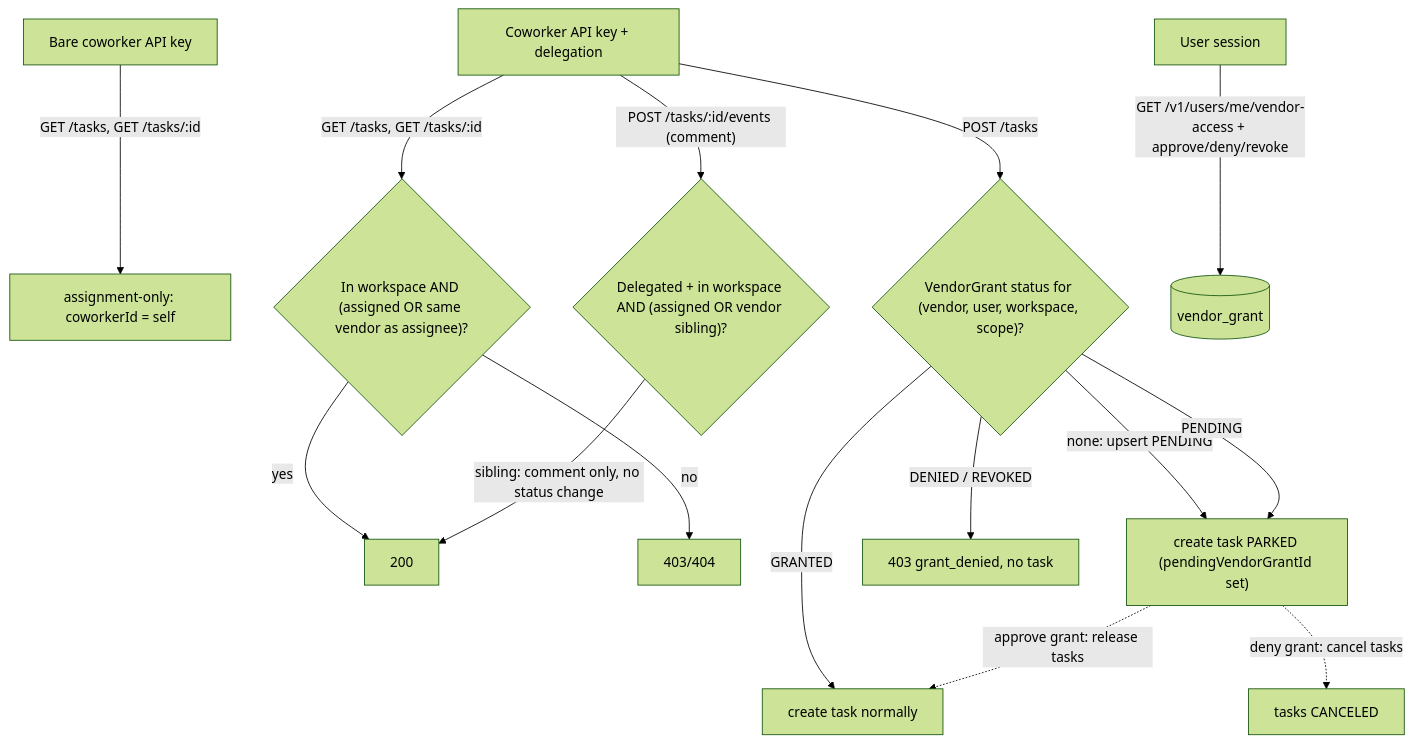
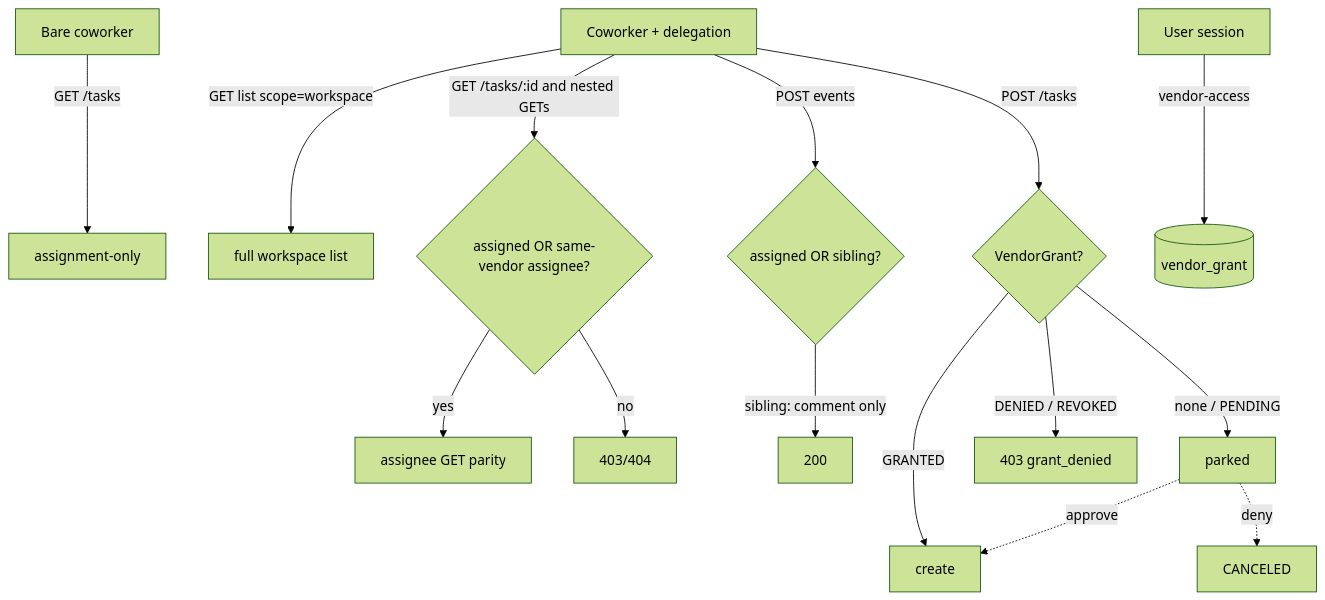
One commit to masumi-network/sokosumi changed the diagram in .cursor/plans/vendor_coworker_permissions_95cc831e.plan.md. Above: the diagram before and after it, drawn with Mermaid (forest theme). The commit also changed other lines of this file, not shown here.

First line of the commit message:
docs(plans): refine vendor coworker permissions

````diff
--- a/.cursor/plans/vendor_coworker_permissions_95cc831e.plan.md
+++ b/.cursor/plans/vendor_coworker_permissions_95cc831e.plan.md
@@ -38,17 +38,17 @@
 ```mermaid
 flowchart TD
-    Bare[Bare coworker API key] -->|"GET /tasks, GET /tasks/:id"| BareRead["assignment-only: coworkerId = self"]
-    CW[Coworker API key + delegation] -->|"GET /tasks, GET /tasks/:id"| ReadCheck{"In workspace AND (assigned OR same vendor as assignee)?"}
-    ReadCheck -->|yes| Allow[200]
-    ReadCheck -->|no| Deny[403/404]
-    CW -->|"POST /tasks/:id/events (comment)"| CommentCheck{"Delegated + in workspace AND (assigned OR vendor sibling)?"}
-    CommentCheck -->|"sibling: comment only, no status change"| Allow
-    CW -->|"POST /tasks"| CreateCheck{"VendorGrant status for (vendor, user, workspace, scope)?"}
-    CreateCheck -->|GRANTED| Created["create task normally"]
-    CreateCheck -->|"none: upsert PENDING"| Parked["create task PARKED (pendingVendorGrantId set)"]
-    CreateCheck -->|PENDING| Parked
-    CreateCheck -->|"DENIED / REVOKED"| Rejected["403 grant_denied, no task"]
-    Parked -.->|"approve grant: release tasks"| Created
-    Parked -.->|"deny grant: cancel tasks"| Canceled["tasks CANCELED"]
-    UserSession[User session] -->|"GET /v1/users/me/vendor-access + approve/deny/revoke"| Grants[(vendor_grant)]
+    Bare[Bare coworker] -->|"GET /tasks"| BareRead[assignment-only]
+    CW[Coworker + delegation] -->|"GET list scope=workspace"| ListAll[full workspace list]
+    CW -->|"GET /tasks/:id and nested GETs"| DetailCheck{assigned OR same-vendor assignee?}
+    DetailCheck -->|yes| FullGet[assignee GET parity]
+    DetailCheck -->|no| Deny[403/404]
+    CW -->|"POST events"| CommentCheck{assigned OR sibling?}
+    CommentCheck -->|"sibling: comment only"| AllowComment[200]
+    CW -->|"POST /tasks"| CreateCheck{VendorGrant?}
+    CreateCheck -->|GRANTED| Created[create]
+    CreateCheck -->|"none / PENDING"| Parked[parked]
+    CreateCheck -->|"DENIED / REVOKED"| Rejected[403 grant_denied]
+    Parked -.->|approve| Created
+    Parked -.->|deny| Canceled[CANCELED]
+    UserSession[User session] -->|vendor-access| Grants[(vendor_grant)]
 ```
````
